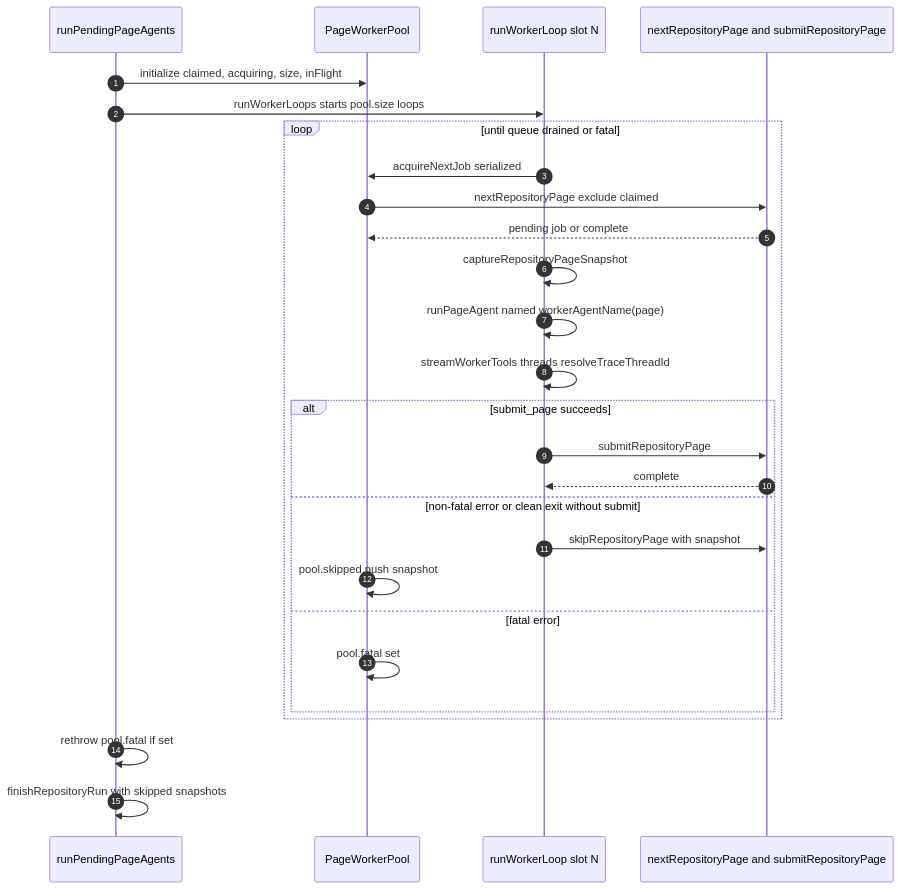
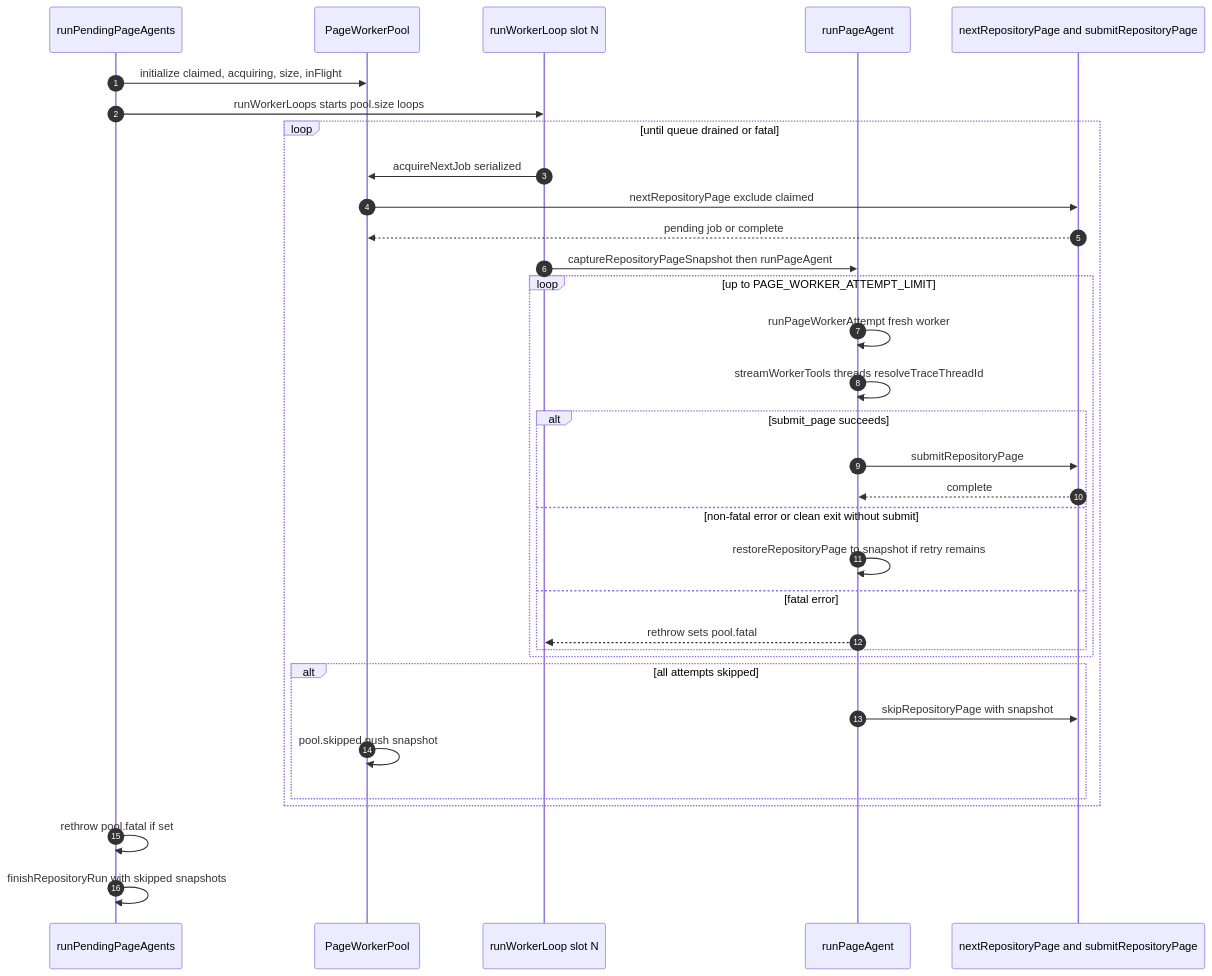
Before and after one commit to langchain-ai/openwiki: the third of 4 diagrams in openwiki/workflows/repository-generation.md, drawn with Mermaid. The commit also changed other lines of this file and 48 other files, not shown here.

````diff
--- a/openwiki/workflows/repository-generation.md
+++ b/openwiki/workflows/repository-generation.md
@@ -564,29 +622,35 @@
 ```mermaid
 sequenceDiagram
     autonumber
     participant Runner as runPendingPageAgents
     participant Pool as PageWorkerPool
     participant Worker as runWorkerLoop slot N
+    participant Agent as runPageAgent
     participant Core as nextRepositoryPage and submitRepositoryPage
     Runner ->> Pool: initialize claimed, acquiring, size, inFlight
     Runner ->> Worker: runWorkerLoops starts pool.size loops
     loop until queue drained or fatal
         Worker ->> Pool: acquireNextJob serialized
         Pool ->> Core: nextRepositoryPage exclude claimed
         Core -->> Pool: pending job or complete
-        Worker ->> Worker: captureRepositoryPageSnapshot
-        Worker ->> Worker: runPageAgent named workerAgentName(page)
-        Worker ->> Worker: streamWorkerTools threads resolveTraceThreadId
-        alt submit_page succeeds
-            Worker ->> Core: submitRepositoryPage
-            Core -->> Worker: complete
-        else non-fatal error or clean exit without submit
-            Worker ->> Core: skipRepositoryPage with snapshot
+        Worker ->> Agent: captureRepositoryPageSnapshot then runPageAgent
+        loop up to PAGE_WORKER_ATTEMPT_LIMIT
+            Agent ->> Agent: runPageWorkerAttempt fresh worker
+            Agent ->> Agent: streamWorkerTools threads resolveTraceThreadId
+            alt submit_page succeeds
+                Agent ->> Core: submitRepositoryPage
+                Core -->> Agent: complete
+            else non-fatal error or clean exit without submit
+                Agent ->> Agent: restoreRepositoryPage to snapshot if retry remains
+            else fatal error
+                Agent -->> Worker: rethrow sets pool.fatal
+            end
+        end
+        alt all attempts skipped
+            Agent ->> Core: skipRepositoryPage with snapshot
             Pool ->> Pool: pool.skipped.push snapshot
-        else fatal error
-            Pool ->> Pool: pool.fatal set
         end
     end
     Runner ->> Runner: rethrow pool.fatal if set
     Runner ->> Runner: finishRepositoryRun with skipped snapshots
 ```
````
